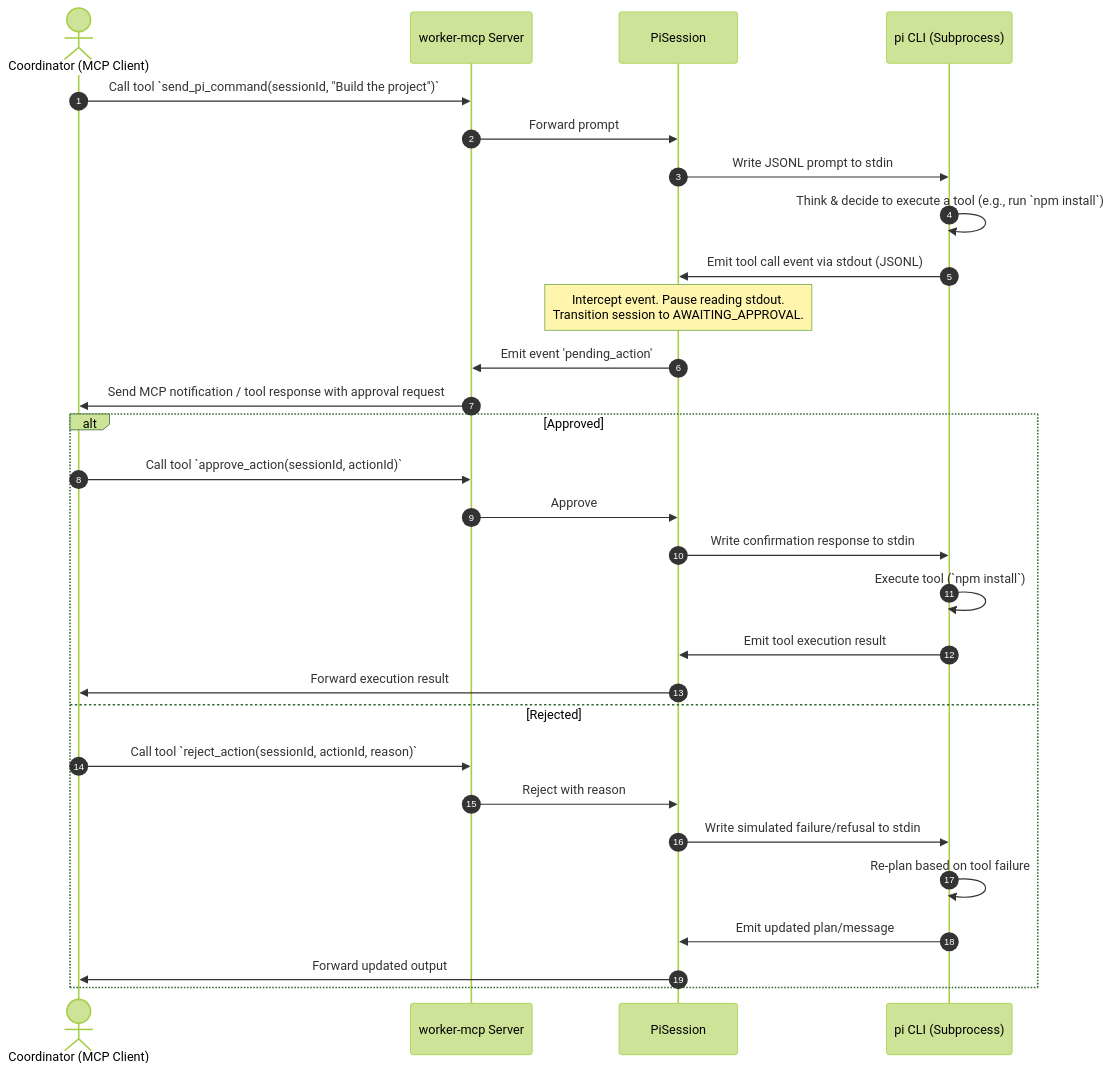
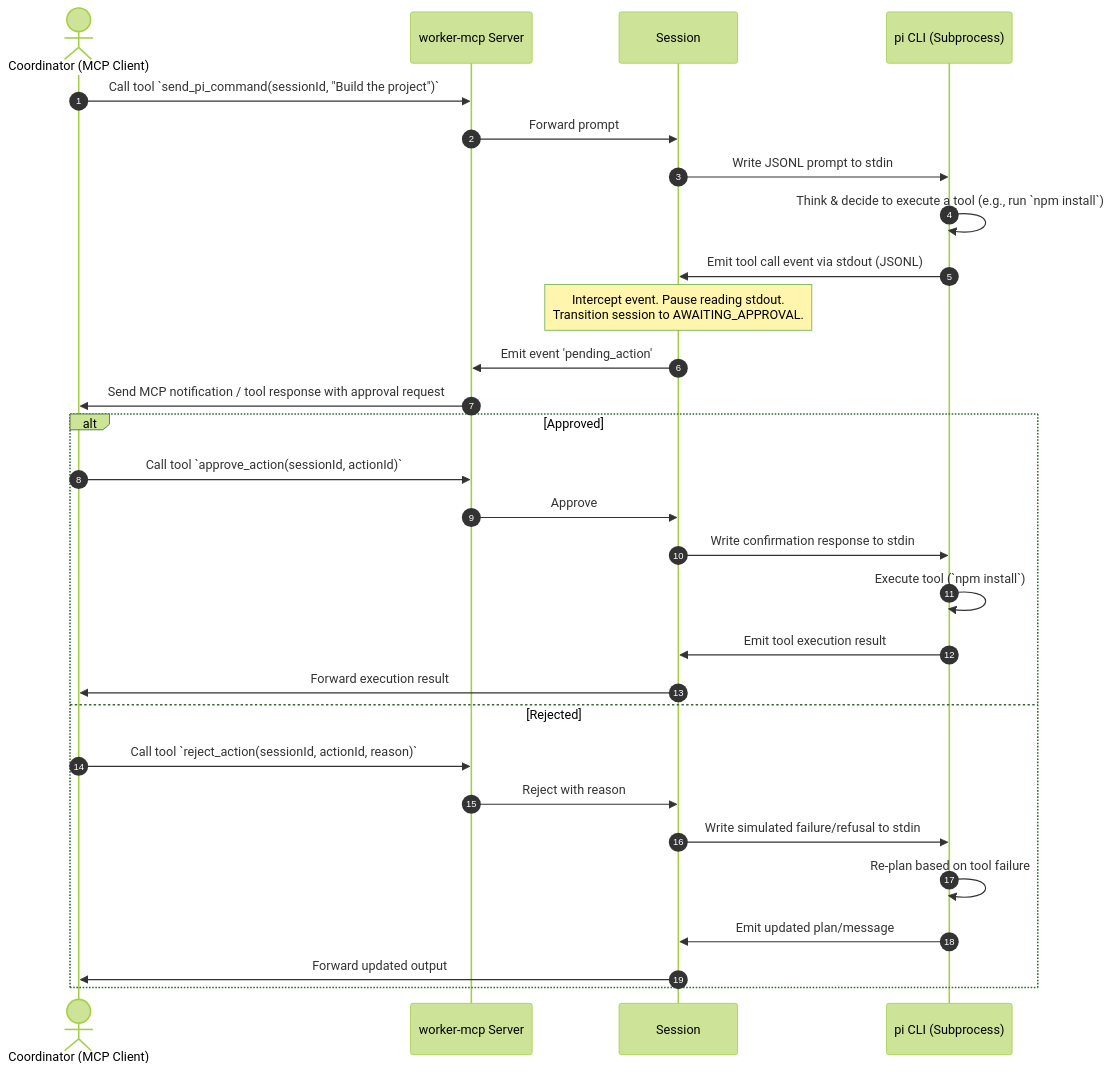
Before and after one commit to noosxe/worker-mcp: the second of 2 diagrams in docs/architecture.md, drawn with Mermaid (forest theme). The commit also changed other lines of this file and 34 other files, not shown here.

````diff
--- a/docs/architecture.md
+++ b/docs/architecture.md
@@ -65,33 +65,33 @@
 ```mermaid
 sequenceDiagram
     autonumber
     actor Coordinator as Coordinator (MCP Client)
     participant Server as worker-mcp Server
-    participant Session as PiSession
+    participant Session as Session
     participant Pi as pi CLI (Subprocess)
 
     Coordinator->>Server: Call tool `send_pi_command(sessionId, "Build the project")`
     Server->>Session: Forward prompt
     Session->>Pi: Write JSONL prompt to stdin
     Pi->>Pi: Think & decide to execute a tool (e.g., run `npm install`)
     Pi->>Session: Emit tool call event via stdout (JSONL)
     Note over Session: Intercept event. Pause reading stdout.<br/>Transition session to AWAITING_APPROVAL.
     Session->>Server: Emit event 'pending_action'
     Server->>Coordinator: Send MCP notification / tool response with approval request
 
     alt Approved
         Coordinator->>Server: Call tool `approve_action(sessionId, actionId)`
         Server->>Session: Approve
         Session->>Pi: Write confirmation response to stdin
         Pi->>Pi: Execute tool (`npm install`)
         Pi->>Session: Emit tool execution result
         Session->>Coordinator: Forward execution result
     else Rejected
         Coordinator->>Server: Call tool `reject_action(sessionId, actionId, reason)`
         Server->>Session: Reject with reason
         Session->>Pi: Write simulated failure/refusal to stdin
         Pi->>Pi: Re-plan based on tool failure
         Pi->>Session: Emit updated plan/message
         Session->>Coordinator: Forward updated output
     end
 ```
````
